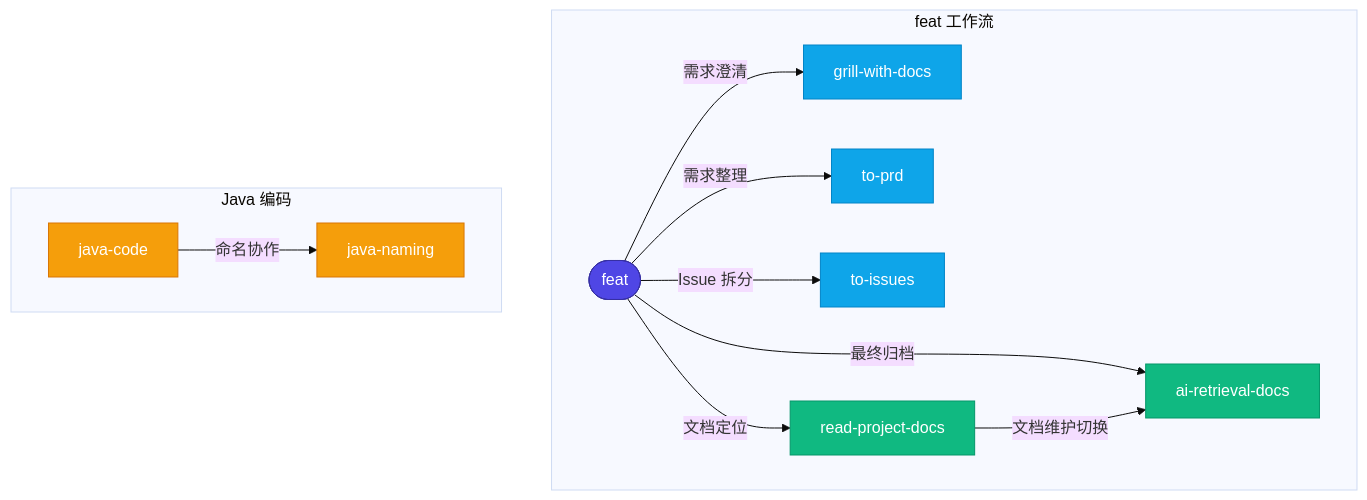
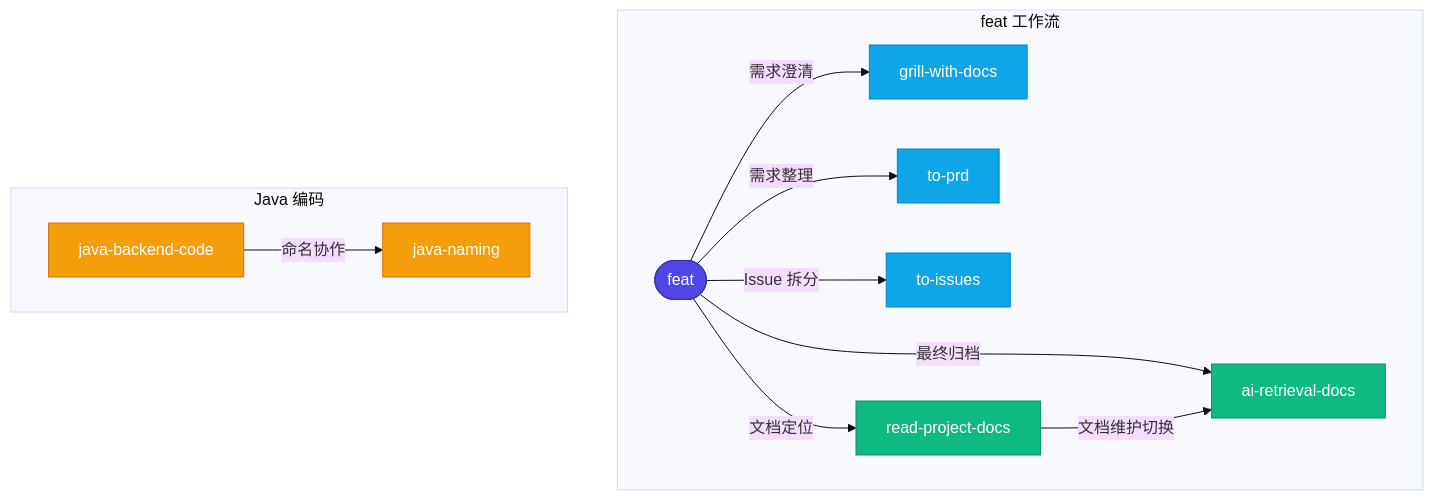
The first of 3 diagrams in README.md (mofan212/codex-profile), drawn with Mermaid (base theme) before and after one commit. The commit also changed other lines of this file and 8 other files, not shown here.

````diff
--- a/README.md
+++ b/README.md
@@ -49,33 +49,33 @@
 ```mermaid
 flowchart TD
     subgraph feat_workflow ["feat 工作流"]
         feat(["feat"])
         grillWithDocs["grill-with-docs"]
         toPrd["to-prd"]
         toIssues["to-issues"]
         readProjectDocs["read-project-docs"]
         aiRetrievalDocs["ai-retrieval-docs"]
     end
 
     subgraph java_coding ["Java 编码"]
-        javaCode["java-code"]
+        javaBackendCode["java-backend-code"]
         javaNaming["java-naming"]
     end
 
     feat -->|需求澄清| grillWithDocs
     feat -->|需求整理| toPrd
     feat -->|Issue 拆分| toIssues
     feat -->|文档定位| readProjectDocs
     feat -->|最终归档| aiRetrievalDocs
     readProjectDocs -->|文档维护切换| aiRetrievalDocs
-    javaCode -->|命名协作| javaNaming
+    javaBackendCode -->|命名协作| javaNaming
 
     style feat fill:#4f46e5,color:#fff,stroke:#3730a3
     style grillWithDocs fill:#0ea5e9,color:#fff,stroke:#0284c7
     style toPrd fill:#0ea5e9,color:#fff,stroke:#0284c7
     style toIssues fill:#0ea5e9,color:#fff,stroke:#0284c7
     style readProjectDocs fill:#10b981,color:#fff,stroke:#059669
     style aiRetrievalDocs fill:#10b981,color:#fff,stroke:#059669
-    style javaCode fill:#f59e0b,color:#fff,stroke:#d97706
+    style javaBackendCode fill:#f59e0b,color:#fff,stroke:#d97706
     style javaNaming fill:#f59e0b,color:#fff,stroke:#d97706
 ```
````
